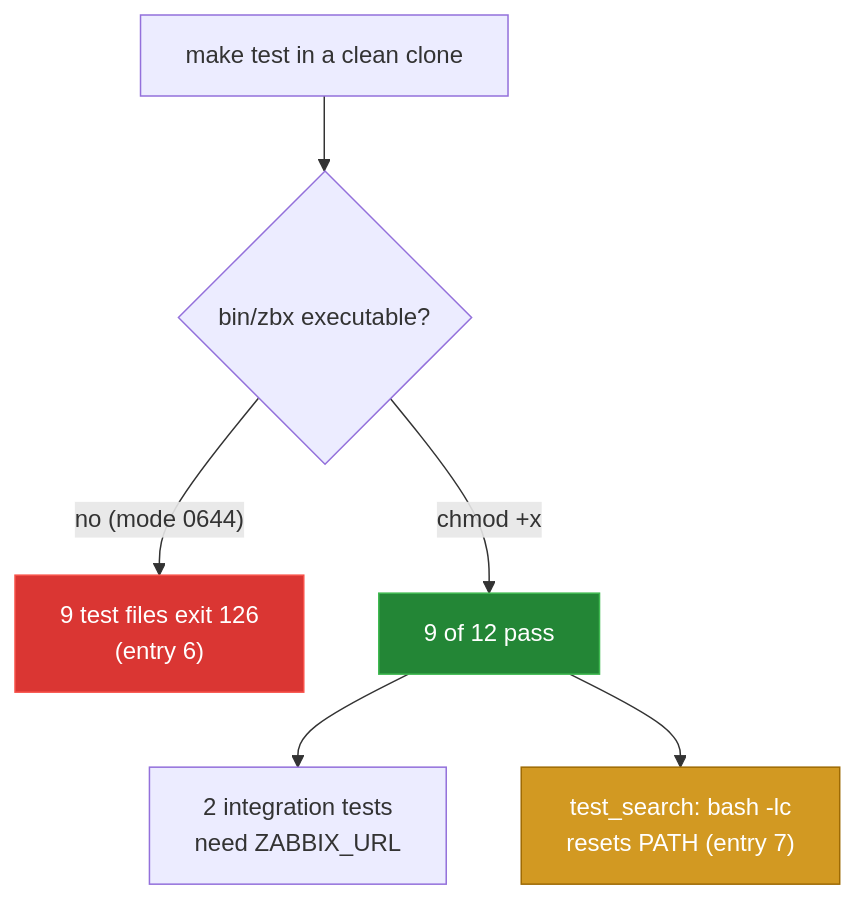
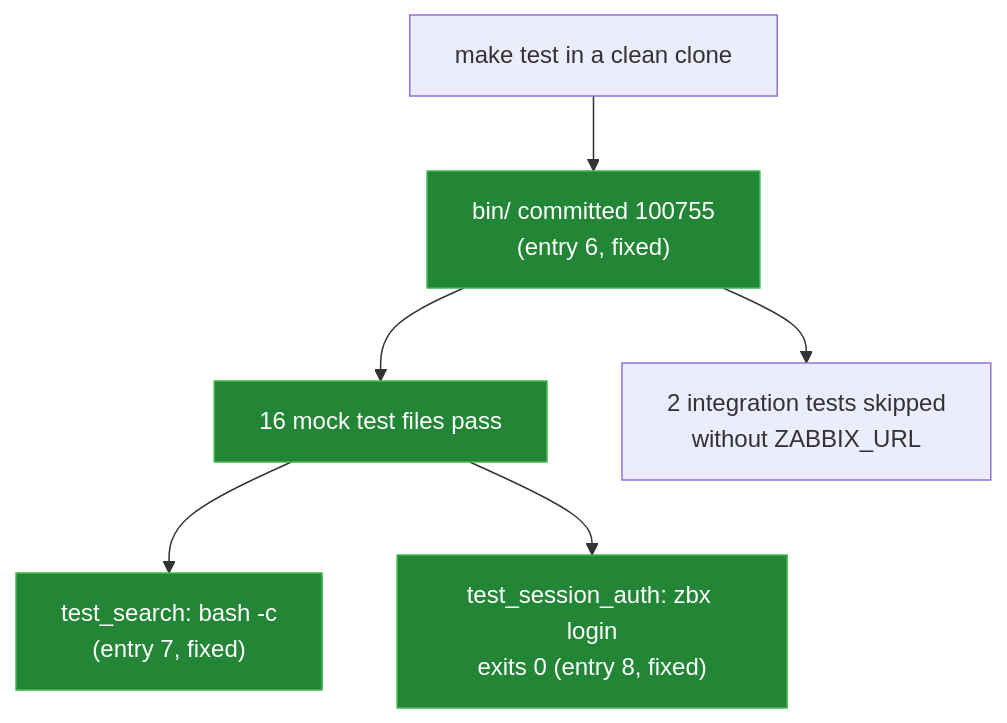
Before and after one commit to Bissbert/zbx-cli: the diagram in docs/BUGS-FOUND.md, drawn with Mermaid. The commit also changed other lines of this file and 4 other files, not shown here.

````diff
--- a/docs/BUGS-FOUND.md
+++ b/docs/BUGS-FOUND.md
@@ -25,12 +28,13 @@
 ```mermaid
 flowchart TD
-    A["make test in a clean clone"] --> B{"bin/zbx executable?"}
-    B -- "no (mode 0644)" --> C["9 test files exit 126<br/>(entry 6)"]
-    B -- "chmod +x" --> D["9 of 12 pass"]
-    D --> E["2 integration tests<br/>need ZABBIX_URL"]
-    D --> F["test_search: bash -lc<br/>resets PATH (entry 7)"]
+    A["make test in a clean clone"] --> B["bin/ committed 100755<br/>(entry 6, fixed)"]
+    B --> C["16 mock test files pass"]
+    B --> D["2 integration tests skipped<br/>without ZABBIX_URL"]
+    C --> E["test_search: bash -c<br/>(entry 7, fixed)"]
+    C --> F["test_session_auth: zbx login<br/>exits 0 (entry 8, fixed)"]
 
-    style C fill:#da3633,stroke:#f85149,color:#fff
-    style D fill:#238636,stroke:#3fb950,color:#fff
-    style F fill:#d29922,stroke:#9e6a03,color:#fff
+    style B fill:#238636,stroke:#3fb950,color:#fff
+    style C fill:#238636,stroke:#3fb950,color:#fff
+    style E fill:#238636,stroke:#3fb950,color:#fff
+    style F fill:#238636,stroke:#3fb950,color:#fff
 ```
````
